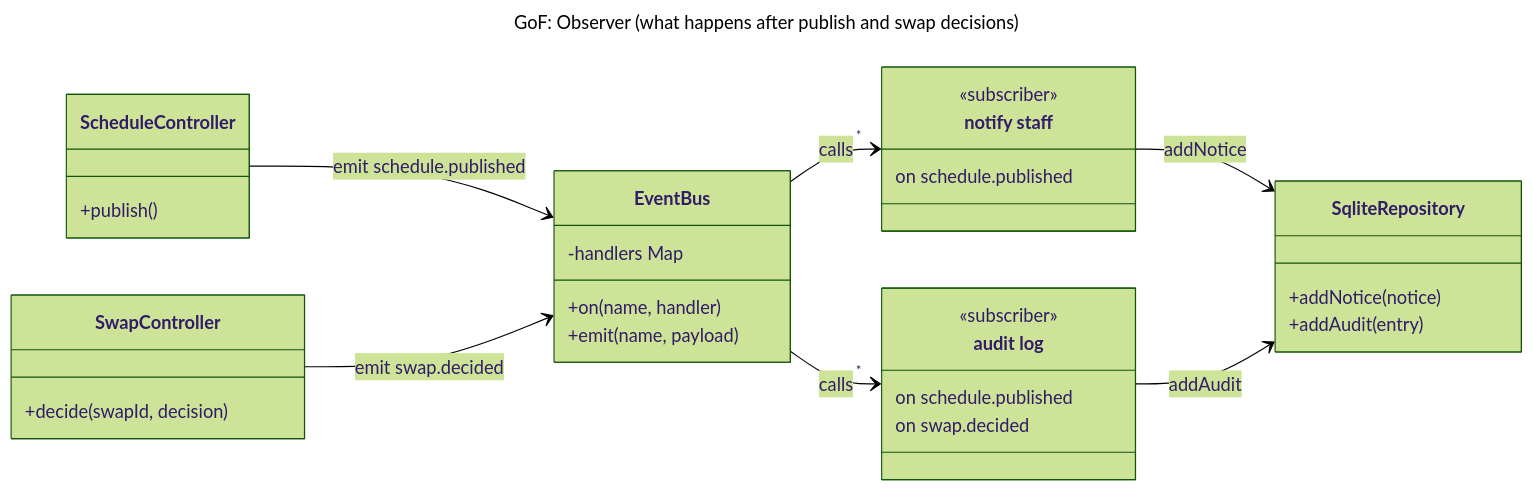
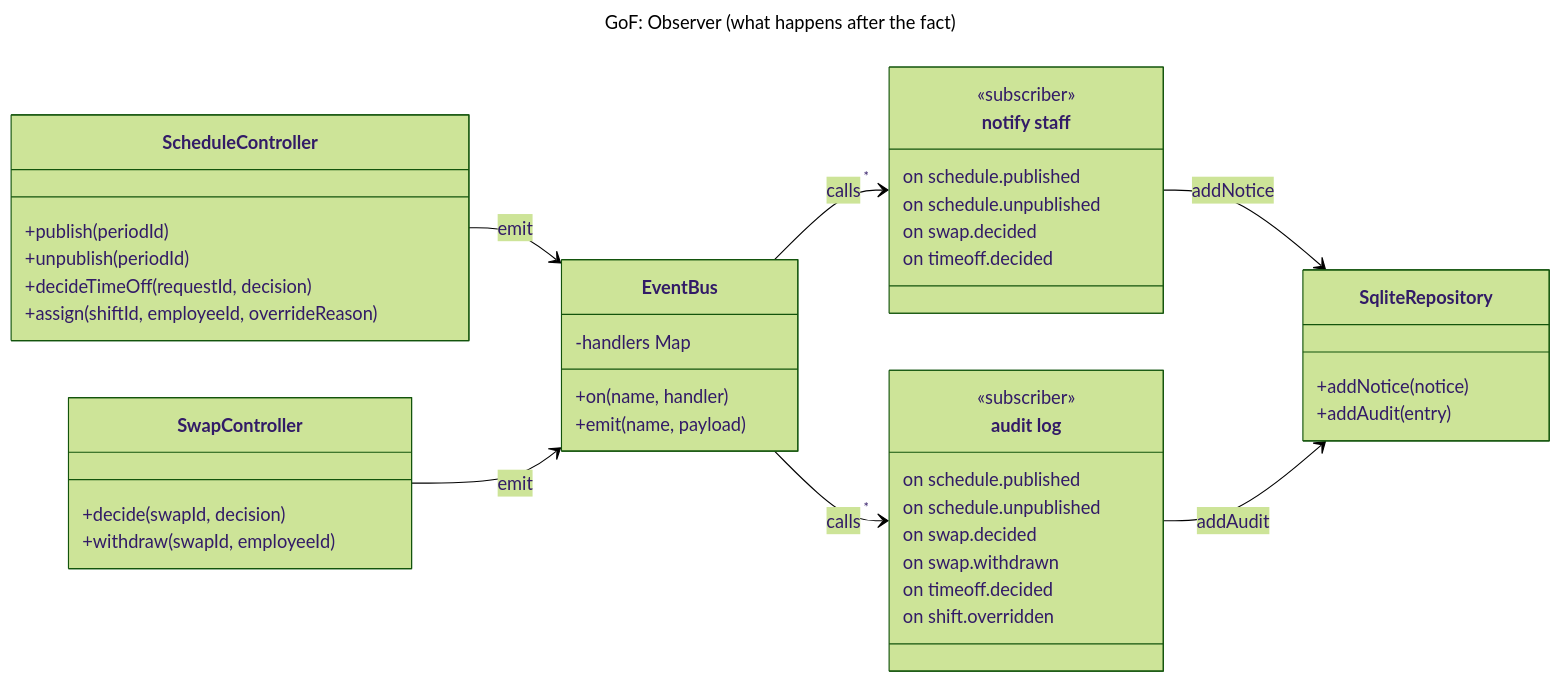
One commit to perfettiful/ShiftChex changed the diagram in diagrams/mmd/patterns/gof_observer.mmd. Above: the diagram before and after it, drawn with Mermaid (forest theme). The commit also changed 98 other files, not shown here.

```diff
--- a/diagrams/mmd/patterns/gof_observer.mmd
+++ b/diagrams/mmd/patterns/gof_observer.mmd
@@ -1,38 +1,49 @@
 ---
-title: "GoF: Observer (what happens after publish and swap decisions)"
+title: "GoF: Observer (what happens after the fact)"
 ---
 %% the controllers only emit an event. who listens is set up once in
-%% wiring.js, so adding something to "on publish" never touches the controller
+%% observers.js, so adding something to "on publish" never touches the controller
 classDiagram
     direction LR
     class ScheduleController {
-        +publish()
+        +publish(periodId)
+        +unpublish(periodId)
+        +decideTimeOff(requestId, decision)
+        +assign(shiftId, employeeId, overrideReason)
     }
     class SwapController {
         +decide(swapId, decision)
+        +withdraw(swapId, employeeId)
     }
     class EventBus {
         -handlers Map
         +on(name, handler)
         +emit(name, payload)
     }
     class NotifyStaff["notify staff"] {
         <<subscriber>>
         on schedule.published
+        on schedule.unpublished
+        on swap.decided
+        on timeoff.decided
     }
     class AuditLog["audit log"] {
         <<subscriber>>
         on schedule.published
+        on schedule.unpublished
         on swap.decided
+        on swap.withdrawn
+        on timeoff.decided
+        on shift.overridden
     }
     class SqliteRepository {
         +addNotice(notice)
         +addAudit(entry)
     }
 
-    ScheduleController --> EventBus : emit schedule.published
-    SwapController --> EventBus : emit swap.decided
+    ScheduleController --> EventBus : emit
+    SwapController --> EventBus : emit
     EventBus --> "*" NotifyStaff : calls
     EventBus --> "*" AuditLog : calls
     NotifyStaff --> SqliteRepository : addNotice
     AuditLog --> SqliteRepository : addAudit
```
